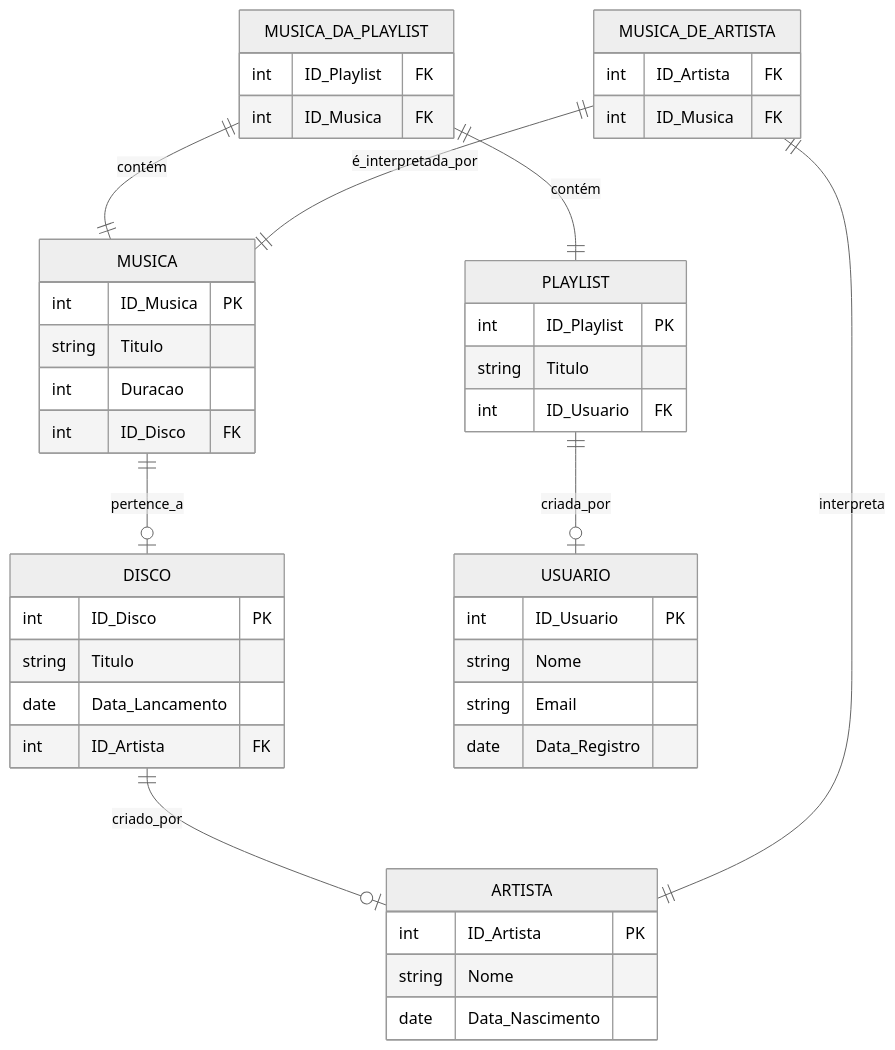
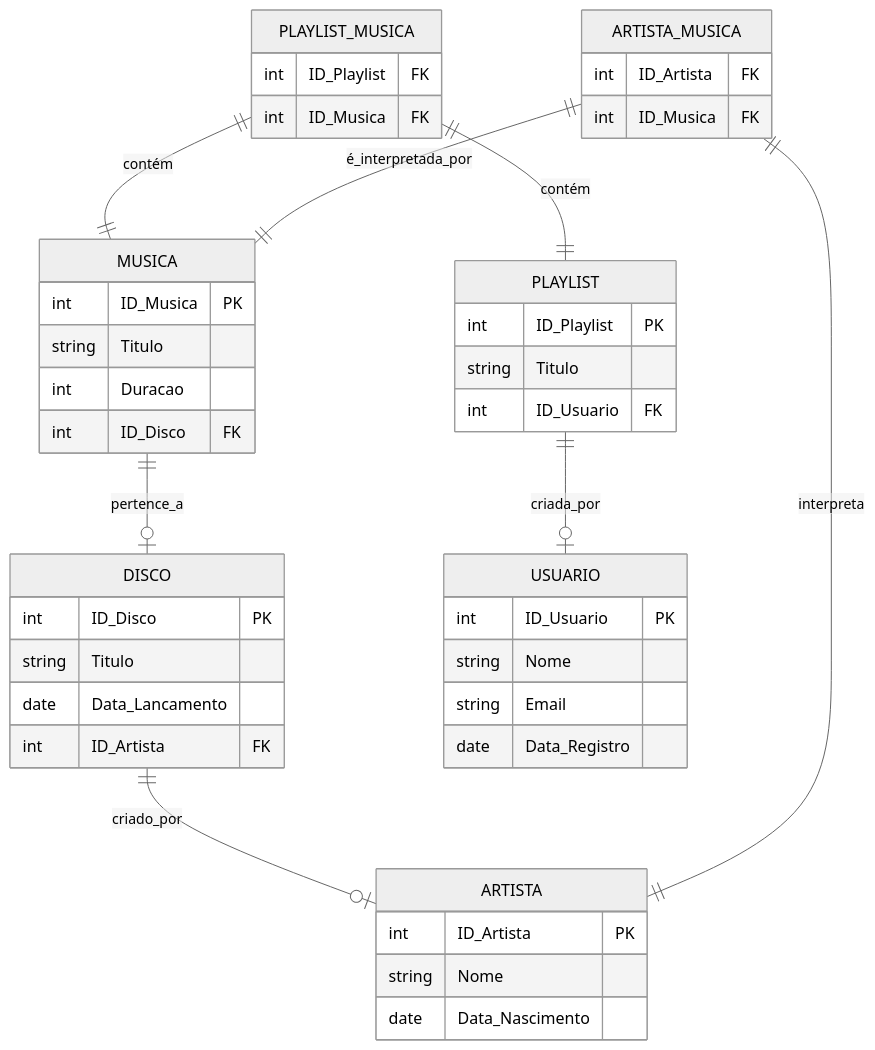
Before and after one commit to babiciocci/Sistema_de_Streaming_de_M-sica: the diagram in README.md, drawn with Mermaid (neutral theme). The commit also changed other lines of this file, not shown here.

````diff
--- a/README.md
+++ b/README.md
@@ -118,49 +121,48 @@
 ```mermaid 
 erDiagram
 
    ARTISTA{
       int ID_Artista PK
       string Nome
       date Data_Nascimento
    }
    DISCO{
         int ID_Disco PK
         string Titulo
         date Data_Lancamento
         int ID_Artista FK
    }
    USUARIO{
         int ID_Usuario PK
         string Nome
         string Email
         date Data_Registro
     }
    MUSICA{
         int ID_Musica PK
         string Titulo
         int Duracao
         int ID_Disco FK
     }
-    
     PLAYLIST{
         int ID_Playlist PK
         string Titulo
         int ID_Usuario FK
     }
-    MUSICA_DA_PLAYLIST{
+    PLAYLIST_MUSICA{
         int ID_Playlist FK
         int ID_Musica FK
     }
-   MUSICA_DE_ARTISTA{
+   ARTISTA_MUSICA{
         int ID_Artista FK
         int ID_Musica FK
     }
 
     MUSICA ||--o| DISCO: "pertence_a"
     DISCO ||--o| ARTISTA: "criado_por"
     PLAYLIST ||--o| USUARIO: "criada_por"
-    MUSICA_DA_PLAYLIST ||--|| PLAYLIST: "contém"
-    MUSICA_DA_PLAYLIST ||--|| MUSICA: "contém"
-    MUSICA_DE_ARTISTA ||--|| ARTISTA: "interpreta"
-    MUSICA_DE_ARTISTA ||--|| MUSICA: "é_interpretada_por"
+    PLAYLIST_MUSICA ||--|| PLAYLIST: "contém"
+    PLAYLIST_MUSICA ||--|| MUSICA: "contém"
+    ARTISTA_MUSICA ||--|| ARTISTA: "interpreta"
+    ARTISTA_MUSICA ||--|| MUSICA: "é_interpretada_por"
 ```
````
